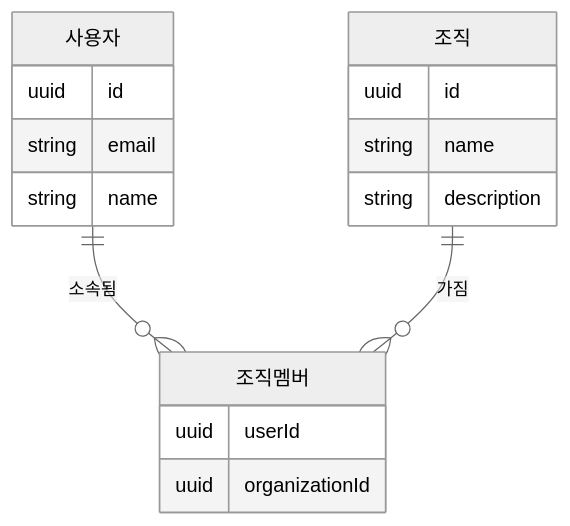
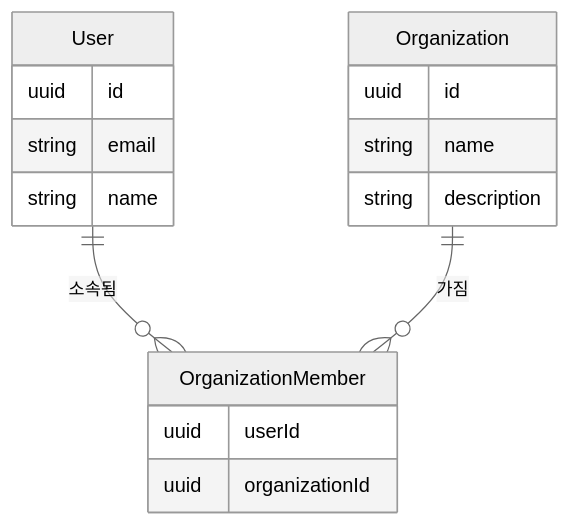
Before and after one commit to logto-io/docs: the second of 7 diagrams in i18n/ko/docusaurus-plugin-content-docs/current/use-cases/multi-tenancy/build-multi-tenant-saas-application.mdx, drawn with Mermaid (neutral theme). The commit also changed other lines of this file and 666 other files, not shown here.

````diff
--- a/i18n/ko/docusaurus-plugin-content-docs/current/use-cases/multi-tenancy/build-multi-tenant-saas-application.mdx
+++ b/i18n/ko/docusaurus-plugin-content-docs/current/use-cases/multi-tenancy/build-multi-tenant-saas-application.mdx
@@ -206,20 +206,20 @@
 ```mermaid
 erDiagram
-    사용자 ||--o{ 조직멤버 : "소속됨"
-    조직 ||--o{ 조직멤버 : "가짐"
+    User ||--o{ OrganizationMember : "소속됨"
+    Organization ||--o{ OrganizationMember : "가짐"
 
-    사용자 {
+    User {
         uuid id
         string email
         string name
     }
-    조직 {
+    Organization {
         uuid id
         string name
         string description
     }
-    조직멤버 {
+    OrganizationMember {
         uuid userId
         uuid organizationId
     }
 ```
````
